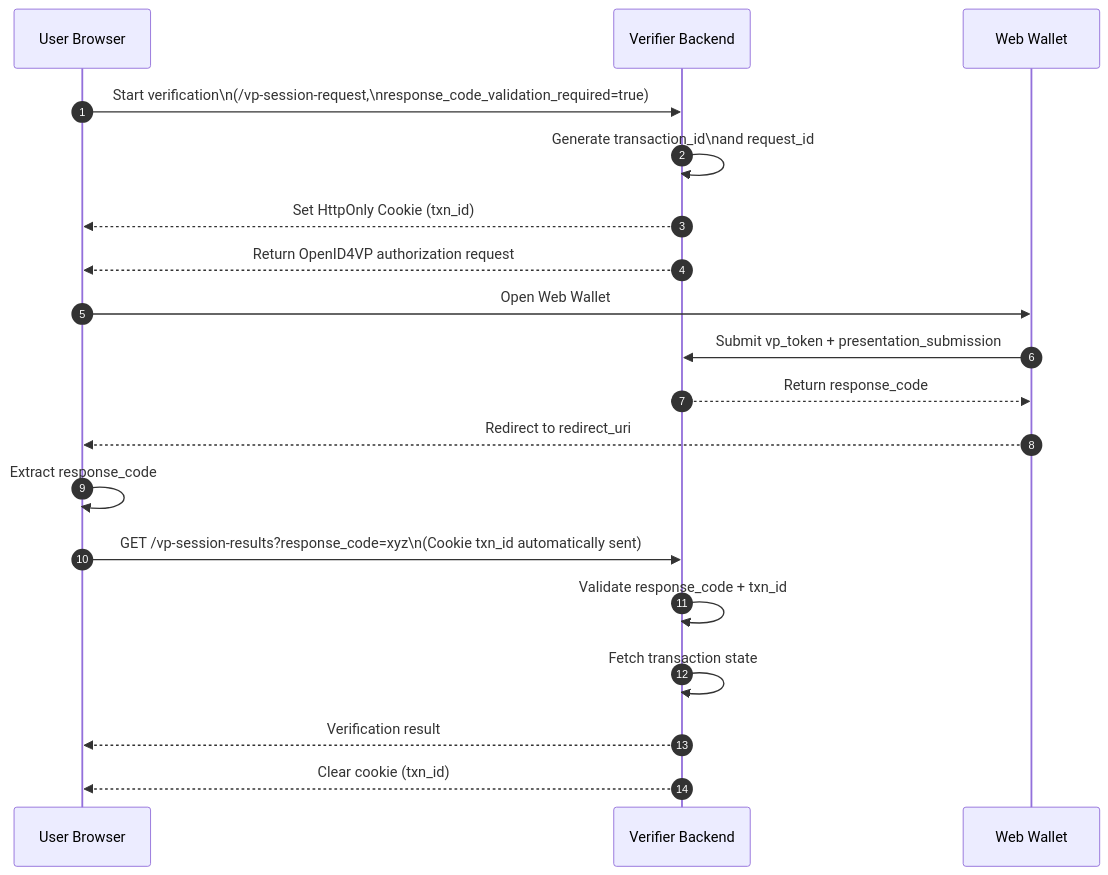
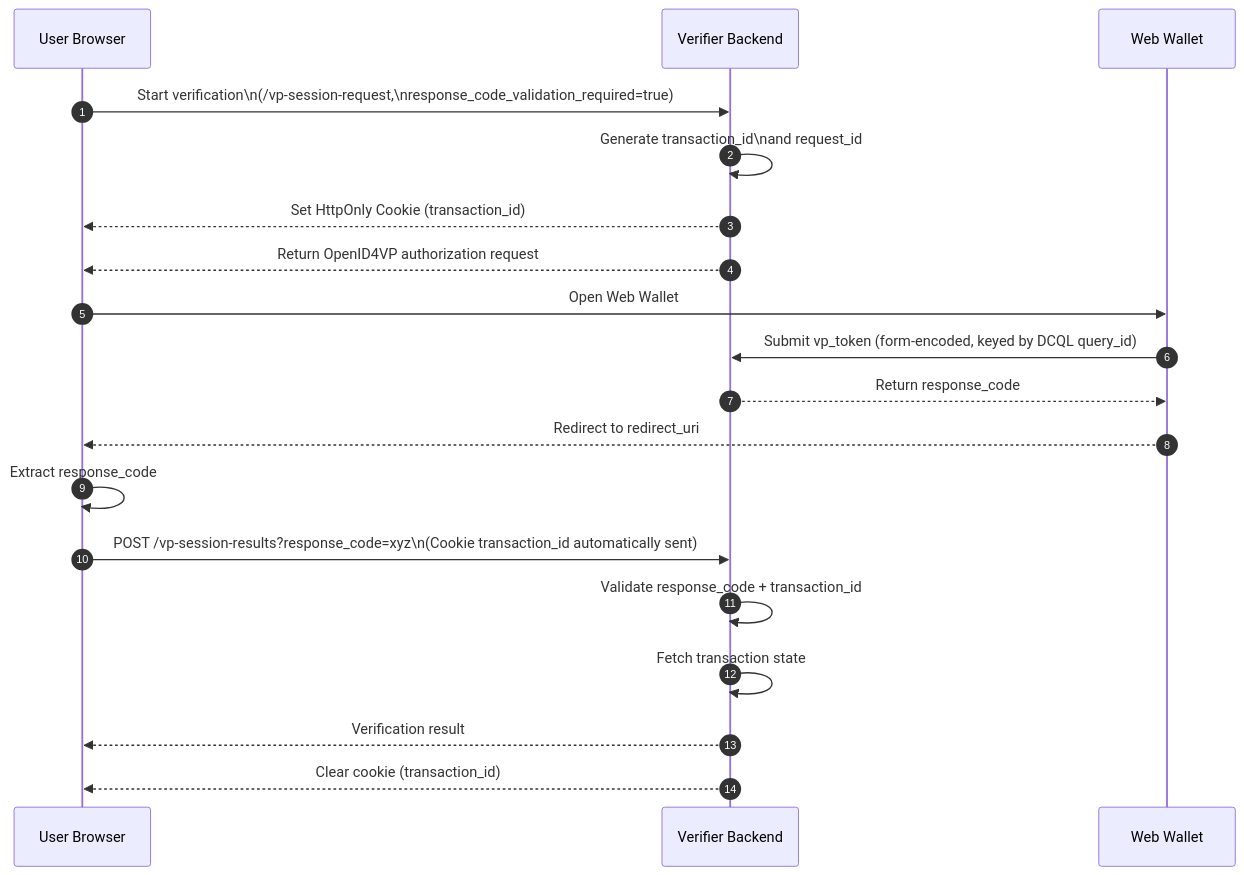
One commit to srikanth716/inji-verify changed the third of 3 diagrams in inji-verify-sdk/README.md. Above: the diagram before and after it, drawn with Mermaid. The commit also changed other lines of this file and 42 other files, not shown here.

````diff
--- a/inji-verify-sdk/README.md
+++ b/inji-verify-sdk/README.md
@@ -515,30 +463,30 @@
 ```mermaid
 sequenceDiagram
     autonumber
     participant UserBrowser as User Browser
     participant VerifierBackend as Verifier Backend
     participant WebWallet as Web Wallet
 
     UserBrowser->>VerifierBackend: Start verification\n(/vp-session-request,\nresponse_code_validation_required=true)
 
     VerifierBackend->>VerifierBackend: Generate transaction_id\nand request_id
-    VerifierBackend-->>UserBrowser: Set HttpOnly Cookie (txn_id)
+    VerifierBackend-->>UserBrowser: Set HttpOnly Cookie (transaction_id)
     VerifierBackend-->>UserBrowser: Return OpenID4VP authorization request
 
     UserBrowser->>WebWallet: Open Web Wallet
 
-    WebWallet->>VerifierBackend: Submit vp_token + presentation_submission
+    WebWallet->>VerifierBackend: Submit vp_token (form-encoded, keyed by DCQL query_id)
     VerifierBackend-->>WebWallet: Return response_code
 
     WebWallet-->>UserBrowser: Redirect to redirect_uri
 
     UserBrowser->>UserBrowser: Extract response_code
 
-    UserBrowser->>VerifierBackend: GET /vp-session-results?response_code=xyz\n(Cookie txn_id automatically sent)
+    UserBrowser->>VerifierBackend: POST /vp-session-results?response_code=xyz\n(Cookie transaction_id automatically sent)
 
-    VerifierBackend->>VerifierBackend: Validate response_code + txn_id
+    VerifierBackend->>VerifierBackend: Validate response_code + transaction_id
     VerifierBackend->>VerifierBackend: Fetch transaction state
 
     VerifierBackend-->>UserBrowser: Verification result
-    VerifierBackend-->>UserBrowser: Clear cookie (txn_id)
+    VerifierBackend-->>UserBrowser: Clear cookie (transaction_id)
 ```
````
